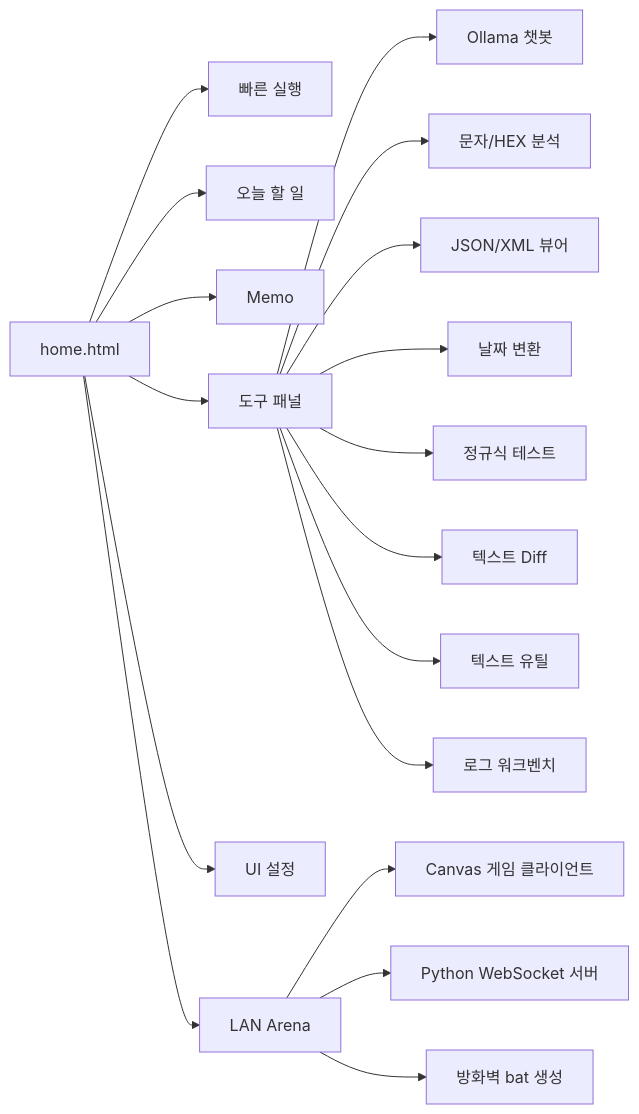
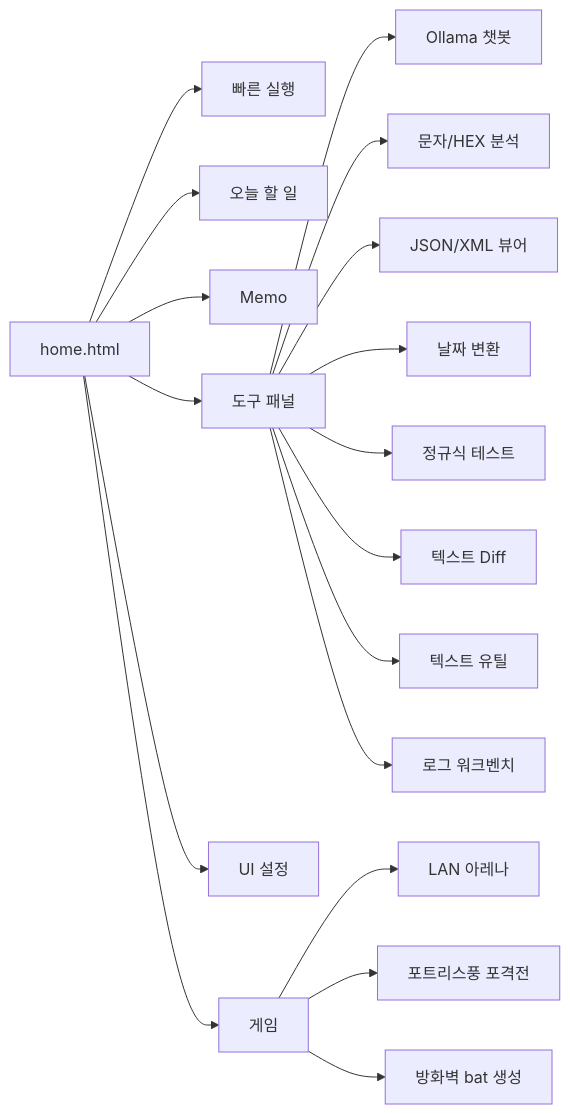
Before and after one commit to kjsu1994/Good_ETC: the diagram in README.md, drawn with Mermaid. The commit also changed other lines of this file and 9 other files, not shown here.

````diff
--- a/README.md
+++ b/README.md
@@ -13,21 +13,21 @@
 ```mermaid
 flowchart LR
     A[home.html] --> B[빠른 실행]
     A --> C[오늘 할 일]
     A --> D[Memo]
     A --> E[도구 패널]
     A --> F[UI 설정]
-    A --> G[LAN Arena]
+    A --> G[게임]
 
     E --> E1[Ollama 챗봇]
     E --> E2[문자/HEX 분석]
     E --> E3[JSON/XML 뷰어]
     E --> E4[날짜 변환]
     E --> E5[정규식 테스트]
     E --> E6[텍스트 Diff]
     E --> E7[텍스트 유틸]
     E --> E8[로그 워크벤치]
-    G --> G1[Canvas 게임 클라이언트]
-    G --> G2[Python WebSocket 서버]
+    G --> G1[LAN 아레나]
+    G --> G2[포트리스풍 포격전]
     G --> G3[방화벽 bat 생성]
 ```
````
